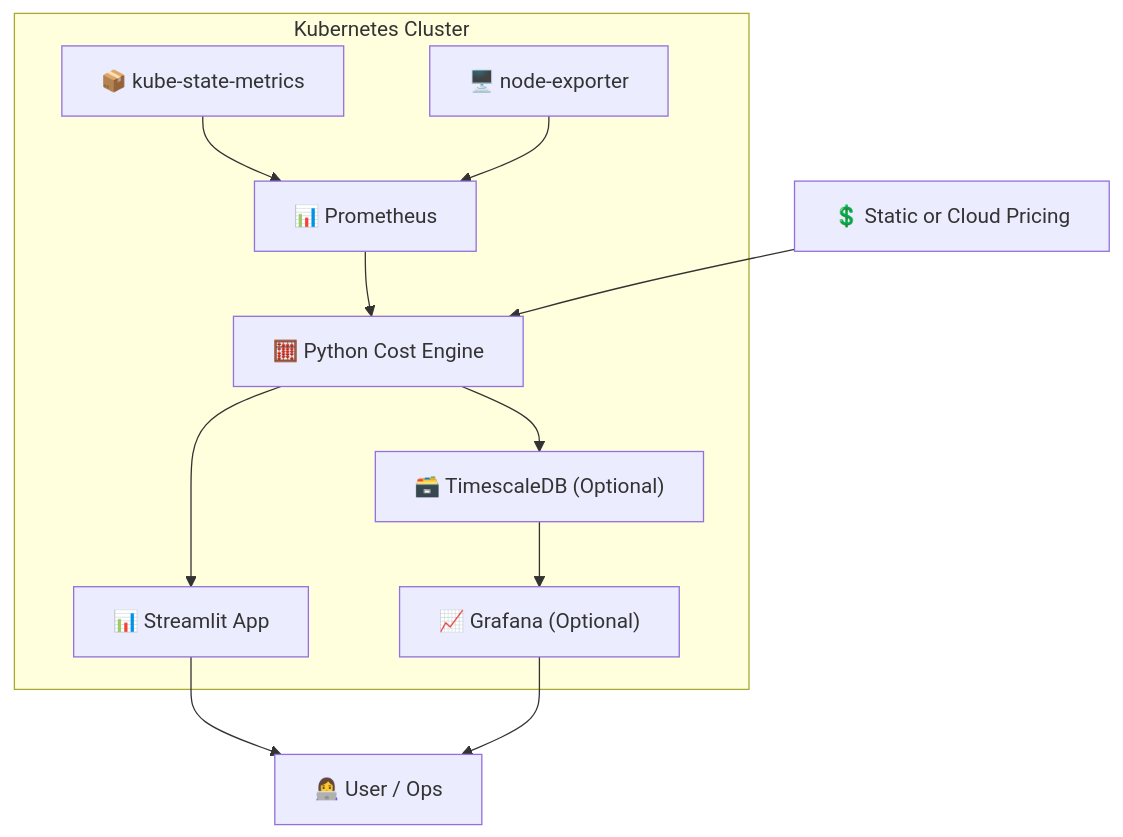
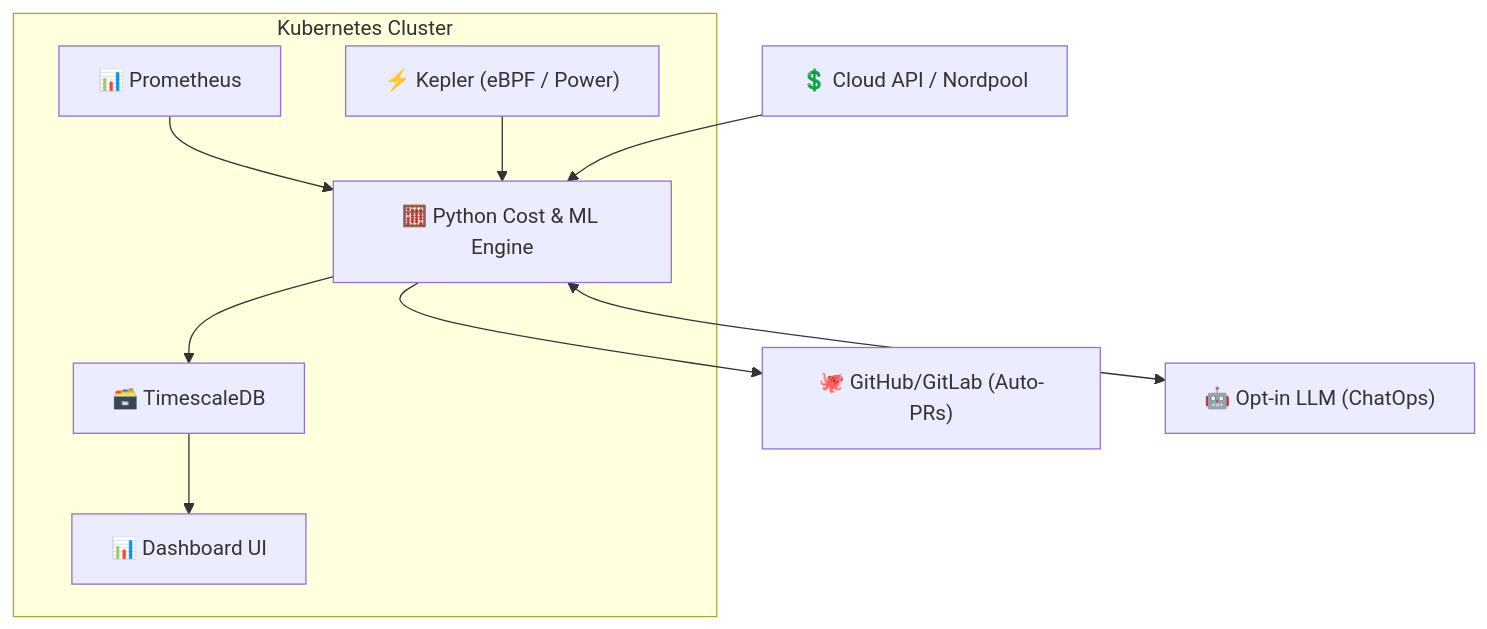
Before and after one commit to egkristi/k8s-cost: the second of 2 diagrams in README.md, drawn with Mermaid. The commit also changed other lines of this file, not shown here.

Commit message:
docs: elevate vision to Next-Gen FinOps, GreenOps and Agentic AI

````diff
--- a/README.md
+++ b/README.md
@@ -50,25 +54,22 @@
 ```mermaid
 flowchart TD
     subgraph Kubernetes Cluster
         Prometheus["📊 Prometheus"]
-        KSM["📦 kube-state-metrics"]
-        NodeExporter["🖥️ node-exporter"]
-        CostEngine["🧮 Python Cost Engine"]
-        Streamlit["📊 Streamlit App"]
-        Grafana["📈 Grafana (Optional)"]
-        Timescale["🗃️ TimescaleDB (Optional)"]
+        Kepler["⚡ Kepler (eBPF / Power)"]
+        CostEngine["🧮 Python Cost & ML Engine"]
+        NextJS["📊 Dashboard UI"]
+        Timescale["🗃️ TimescaleDB"]
     end
 
-    Pricing["💲 Static or Cloud Pricing"]
-    User["👩‍💻 User / Ops"]
+    Git["🐙 GitHub/GitLab (Auto-PRs)"]
+    LLM["🤖 Opt-in LLM (ChatOps)"]
+    Pricing["💲 Cloud API / Nordpool"]
 
     Prometheus --> CostEngine
-    KSM --> Prometheus
-    NodeExporter --> Prometheus
+    Kepler --> CostEngine
     Pricing --> CostEngine
-    CostEngine --> Streamlit
     CostEngine --> Timescale
-    Timescale --> Grafana
-    Streamlit --> User
-    Grafana --> User
+    CostEngine --> Git
+    CostEngine <--> LLM
+    Timescale --> NextJS
 ```
````
